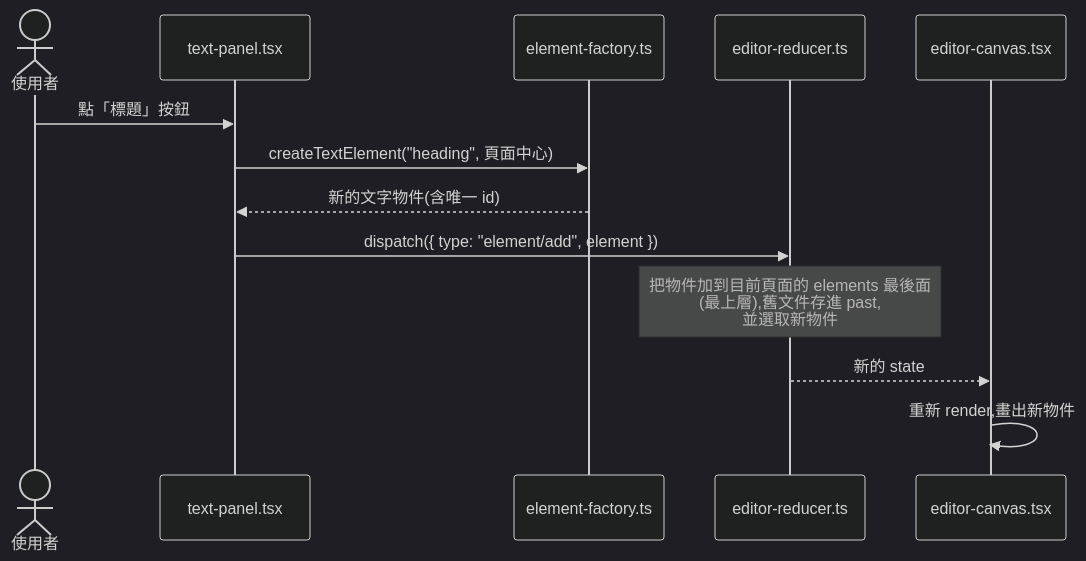
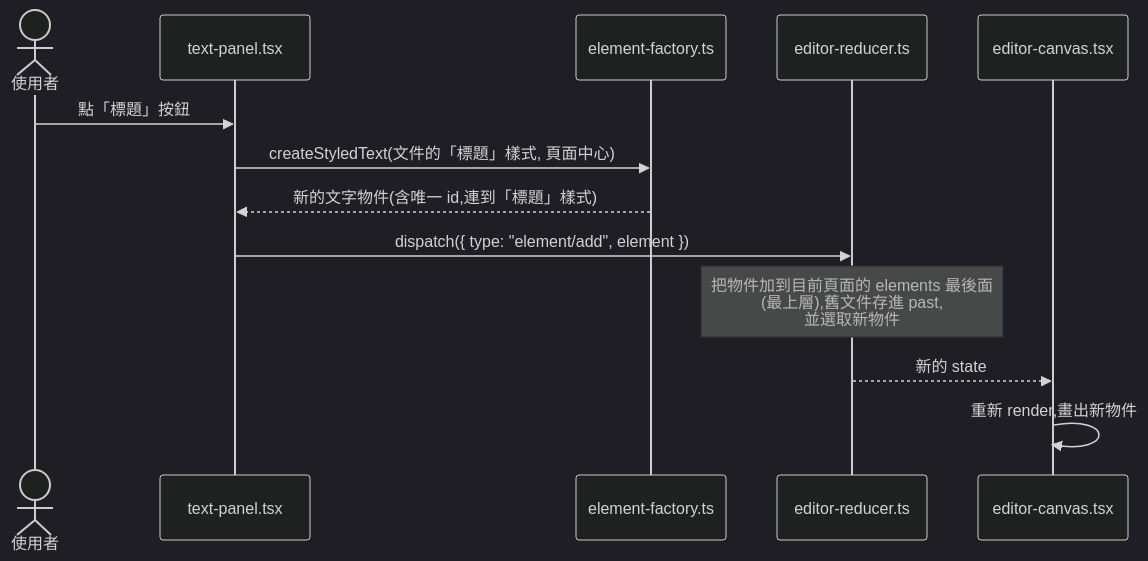
Before and after one commit to dino5168/magazine-editor: the third of 4 diagrams in docs/02-architecture.md, drawn with Mermaid (dark theme). The commit also changed other lines of this file and 44 other files, not shown here.

````diff
--- a/docs/02-architecture.md
+++ b/docs/02-architecture.md
@@ -135,16 +136,16 @@
 ```mermaid
 sequenceDiagram
     actor User as 使用者
     participant Panel as text-panel.tsx
     participant Factory as element-factory.ts
     participant Reducer as editor-reducer.ts
     participant Canvas as editor-canvas.tsx
 
     User->>Panel: 點「標題」按鈕
-    Panel->>Factory: createTextElement("heading", 頁面中心)
-    Factory-->>Panel: 新的文字物件(含唯一 id)
+    Panel->>Factory: createStyledText(文件的「標題」樣式, 頁面中心)
+    Factory-->>Panel: 新的文字物件(含唯一 id,連到「標題」樣式)
     Panel->>Reducer: dispatch({ type: "element/add", element })
     Note over Reducer: 把物件加到目前頁面的 elements 最後面<br/>(最上層),舊文件存進 past,<br/>並選取新物件
     Reducer-->>Canvas: 新的 state
     Canvas->>Canvas: 重新 render,畫出新物件
 ```
````
